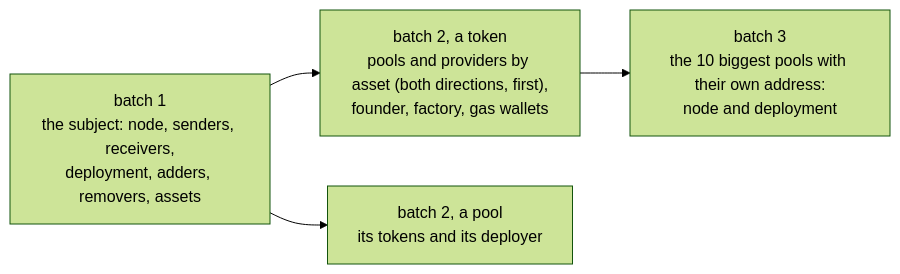
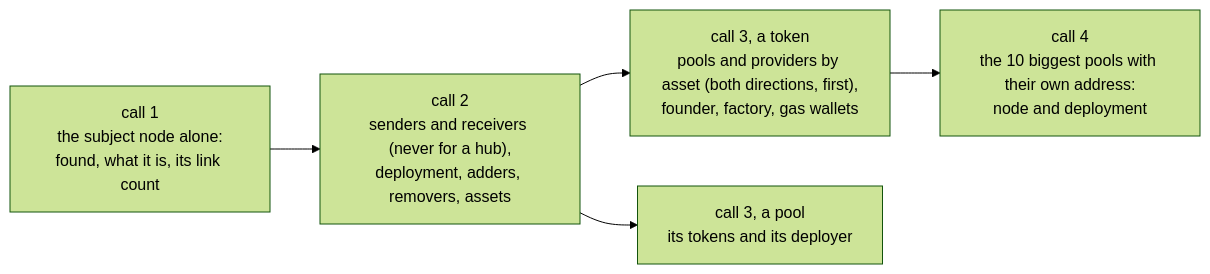
Before and after one commit to chainswarm/chain-insights: the fourth of 5 diagrams in docs/mcp-proxy.md, drawn with Mermaid (forest theme). The commit also changed other lines of this file and 19 other files, not shown here.

First line of the commit message:
chain-insights-risk-hub-guard: 0.92.0, a hub's counterparties are not ranked, and a pool manager's parties and tokens are answered per token (#597)

````diff
--- a/docs/mcp-proxy.md
+++ b/docs/mcp-proxy.md
@@ -390,6 +400,7 @@
 ```mermaid
 flowchart LR
-    B1["batch 1<br/>the subject: node, senders, receivers,<br/>deployment, adders, removers, assets"] --> B2["batch 2, a token<br/>pools and providers by asset (both directions, first),<br/>founder, factory, gas wallets"]
-    B1 --> P2["batch 2, a pool<br/>its tokens and its deployer"]
-    B2 --> B3["batch 3<br/>the 10 biggest pools with their own address:<br/>node and deployment"]
+    B0["call 1<br/>the subject node alone:<br/>found, what it is, its link count"] --> B1["call 2<br/>senders and receivers (never for a hub),<br/>deployment, adders, removers, assets"]
+    B1 --> B2["call 3, a token<br/>pools and providers by asset (both directions, first),<br/>founder, factory, gas wallets"]
+    B1 --> P2["call 3, a pool<br/>its tokens and its deployer"]
+    B2 --> B3["call 4<br/>the 10 biggest pools with their own address:<br/>node and deployment"]
 ```
````
